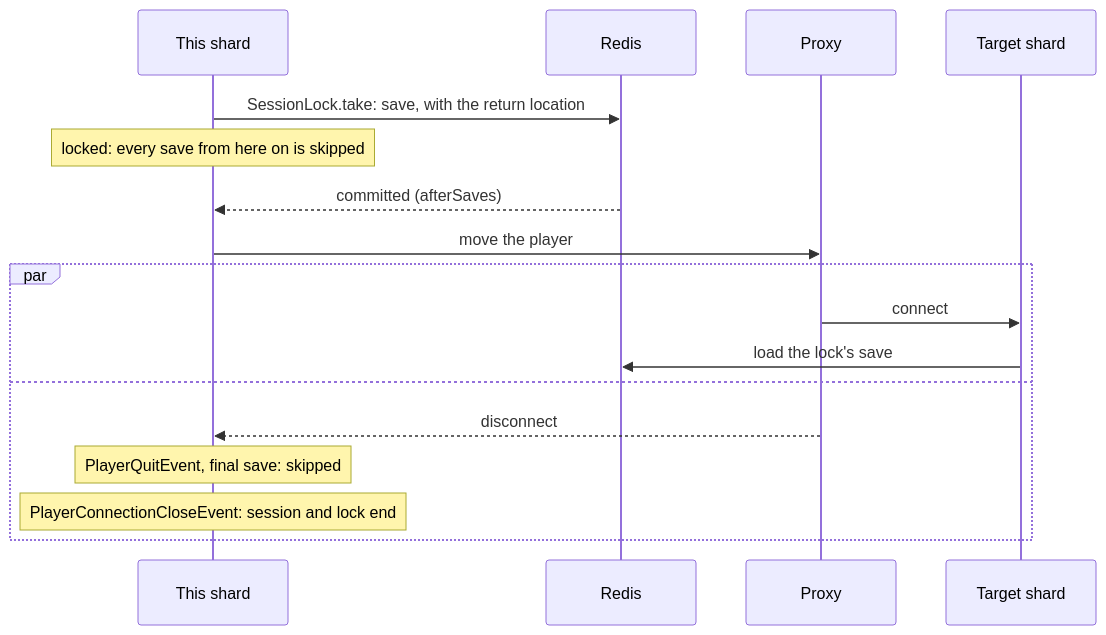
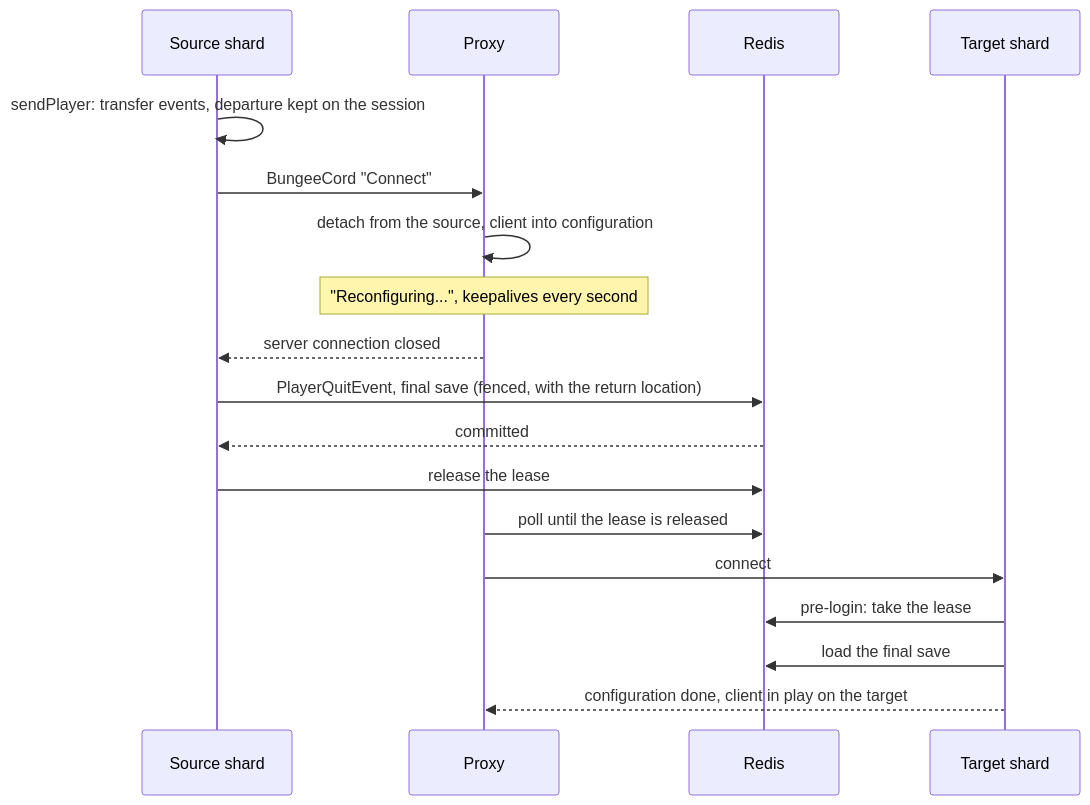
Before and after one commit to TeamMonumenta/monumenta-server-management: the fifth of 6 diagrams in redis-sync/ARCHITECTURE.md, drawn with Mermaid. The commit also changed other lines of this file and 39 other files, not shown here.

First line of the commit message:
redis-sync: Clean transfers with session leases, proxy-held server switches

````diff
--- a/redis-sync/ARCHITECTURE.md
+++ b/redis-sync/ARCHITECTURE.md
@@ -228,19 +294,20 @@
 ```mermaid
 sequenceDiagram
-    participant H as This shard
+    participant H as Source shard
+    participant X as Proxy
     participant R as Redis
-    participant X as Proxy
     participant T as Target shard
-    H->>R: SessionLock.take: save, with the return location
-    Note over H: locked: every save from here on is skipped
-    R-->>H: committed (afterSaves)
-    H->>X: move the player
-    par
-        X->>T: connect
-        T->>R: load the lock's save
-    and
-        X-->>H: disconnect
-        Note over H: PlayerQuitEvent, final save: skipped
-        Note over H: PlayerConnectionCloseEvent: session and lock end
-    end
+    H->>H: sendPlayer: transfer events, departure kept on the session
+    H->>X: BungeeCord "Connect"
+    X->>X: detach from the source, client into configuration
+    Note over X: "Reconfiguring...", keepalives every second
+    X-->>H: server connection closed
+    H->>R: PlayerQuitEvent, final save (fenced, with the return location)
+    R-->>H: committed
+    H->>R: release the lease
+    X->>R: poll until the lease is released
+    X->>T: connect
+    T->>R: pre-login: take the lease
+    T->>R: load the final save
+    T-->>X: configuration done, client in play on the target
 ```
````
